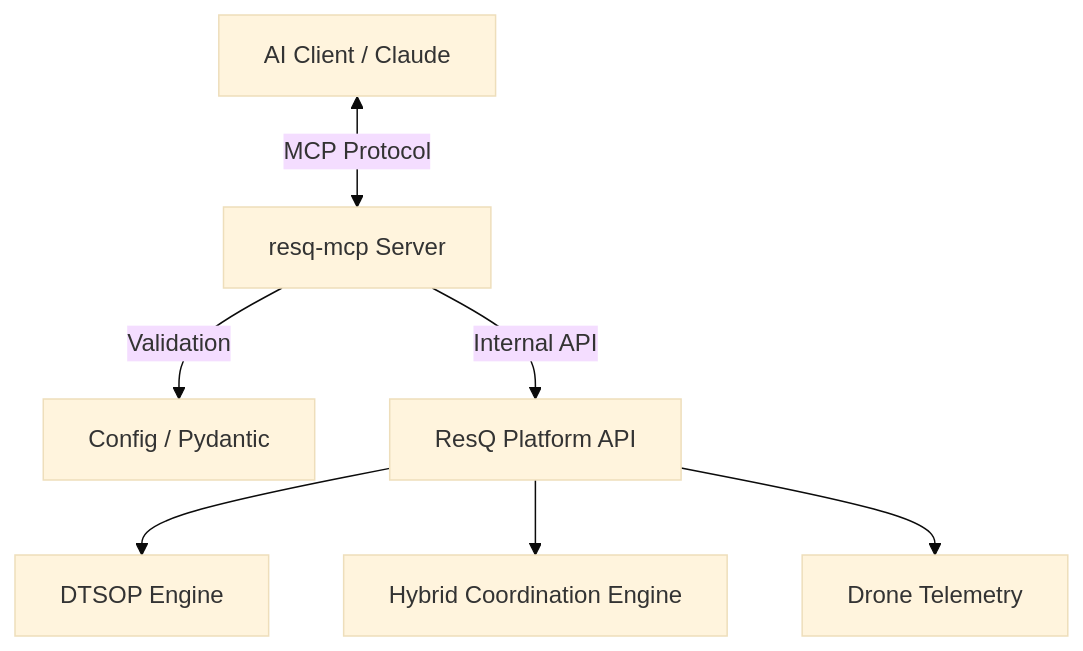
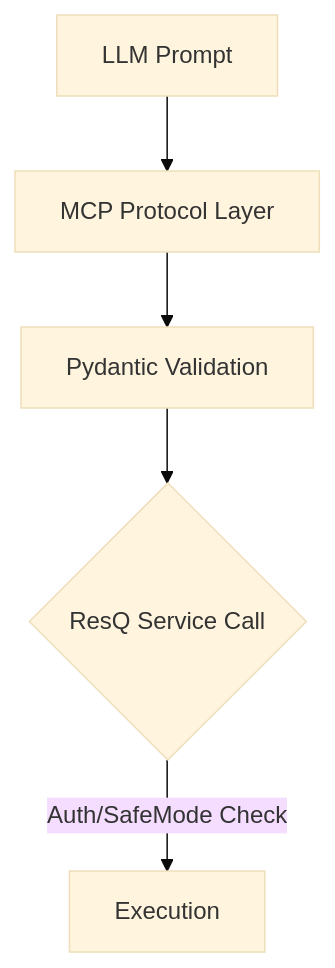
One commit to resq-software/pypi changed the second of 2 diagrams in README.md. Above: the diagram before and after it, drawn with Mermaid (base theme). The commit also changed other lines of this file, not shown here.

````diff
--- a/README.md
+++ b/README.md
@@ -53,9 +93,7 @@
 ```mermaid
-graph TD
-    User[AI Client / Claude] <-->|MCP Protocol| Server[resq-mcp Server]
-    Server -->|Validation| Config[Config / Pydantic]
-    Server -->|Internal API| Core[ResQ Platform API]
-    Core --> DTSOP[DTSOP Engine]
-    Core --> HCE[Hybrid Coordination Engine]
-    Core --> Telemetry[Drone Telemetry]
+flowchart TD
+    Prompt[LLM Prompt] --> Protocol[MCP Protocol Layer]
+    Protocol --> Pydantic[Pydantic Validation]
+    Pydantic --> Service{ResQ Service Call}
+    Service -->|Auth/SafeMode Check| Action[Execution]
 ```
````
